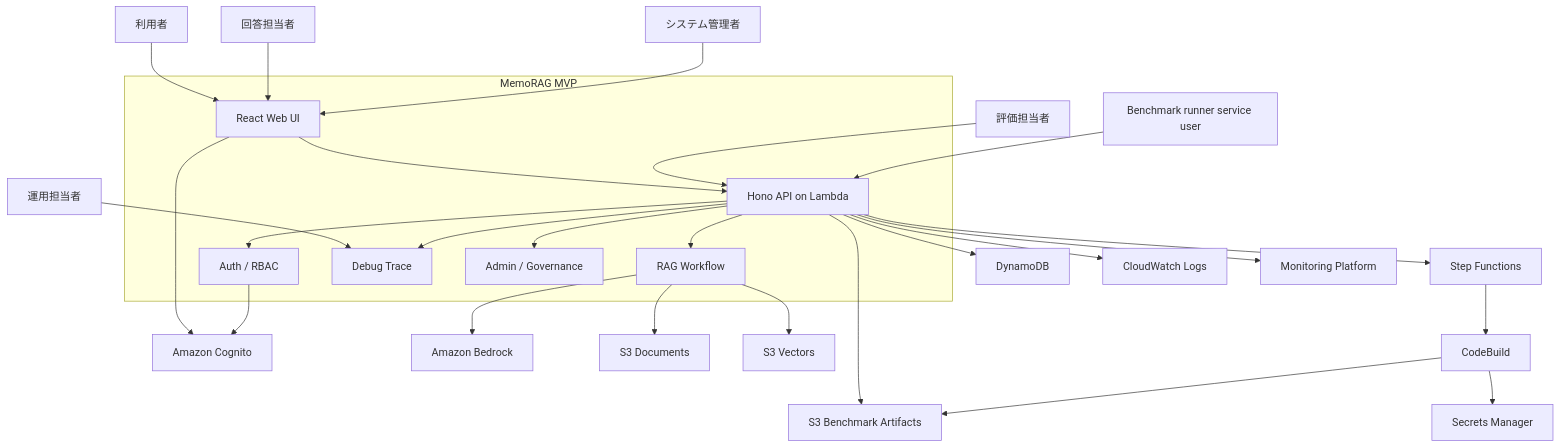
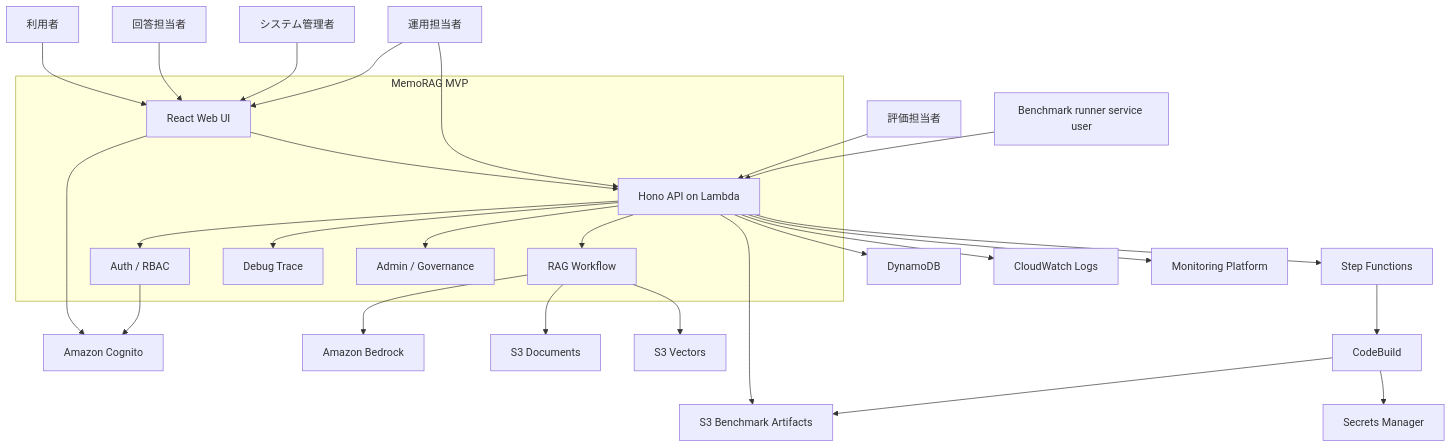
One commit to tsuji-tomonori/rag-assist changed the diagram in memorag-bedrock-mvp/docs/2_アーキテクチャ_ARC/01_コンテキスト_CONTEXT/ARC_CONTEXT_001.md. Above: the diagram before and after it, drawn with Mermaid. The commit also changed 2 other files, not shown here.

Commit message:
📝 docs(architecture): PR101レビュー指摘を反映
- Context 図から Operator の Trace 直接参照を除き、Web/API 経由の経路へ修正

- View の論理図と構成要素表で S3 Documents、S3 Vectors、S3 Benchmark Artifacts の責務を分離

- レビュー対応レポートを追加し、git diff --check と pre-commit run --files の通過を記録

````diff
--- a/memorag-bedrock-mvp/docs/2_アーキテクチャ_ARC/01_コンテキスト_CONTEXT/ARC_CONTEXT_001.md
+++ b/memorag-bedrock-mvp/docs/2_アーキテクチャ_ARC/01_コンテキスト_CONTEXT/ARC_CONTEXT_001.md
@@ -16,55 +16,56 @@
 ```mermaid
 flowchart TB
   User[利用者]
   Answerer[回答担当者]
   Evaluator[評価担当者]
   Operator[運用担当者]
   SysAdmin[システム管理者]
   Runner[Benchmark runner service user]
 
   subgraph MemoRAG[MemoRAG MVP]
     Web[React Web UI]
     Api[Hono API on Lambda]
     Auth[Auth / RBAC]
     Rag[RAG Workflow]
     Trace[Debug Trace]
     Admin[Admin / Governance]
   end
 
   Cognito[Amazon Cognito]
   Bedrock[Amazon Bedrock]
   Dynamo[DynamoDB]
   DocStore[S3 Documents]
   VectorStore[S3 Vectors]
   BenchmarkStore[S3 Benchmark Artifacts]
   StepFunctions[Step Functions]
   CodeBuild[CodeBuild]
   Secrets[Secrets Manager]
   Logs[CloudWatch Logs]
   Monitor[Monitoring Platform]
 
   User --> Web
   Answerer --> Web
   Web --> Api
   SysAdmin --> Web
+  Operator --> Web
+  Operator --> Api
   Evaluator --> Api
   Runner --> Api
-  Operator --> Trace
   Web --> Cognito
   Api --> Rag
   Api --> Auth
   Api --> Admin
   Auth --> Cognito
   Rag --> Bedrock
   Rag --> DocStore
   Rag --> VectorStore
   Api --> Dynamo
   Api --> Trace
   Api --> BenchmarkStore
   Api --> StepFunctions
   StepFunctions --> CodeBuild
   CodeBuild --> Secrets
   CodeBuild --> BenchmarkStore
   Api --> Logs
   Api --> Monitor
 ```
````
